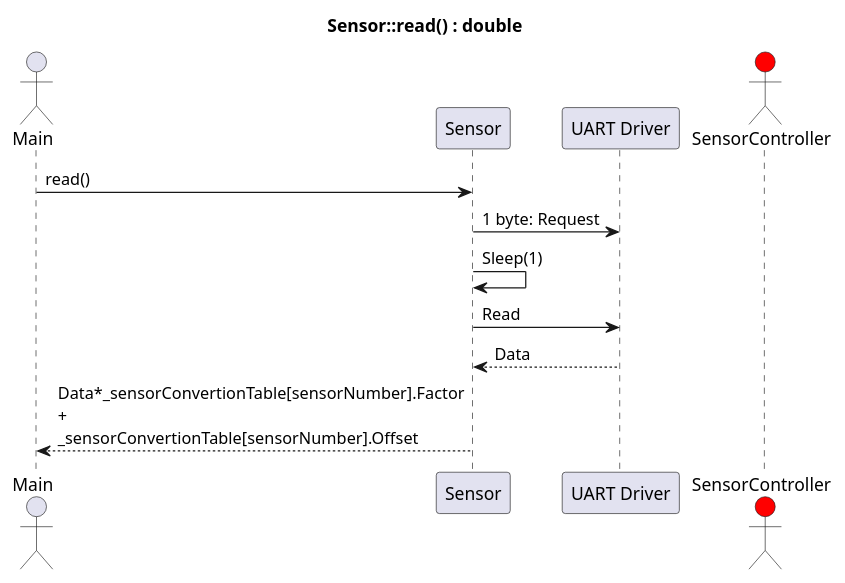
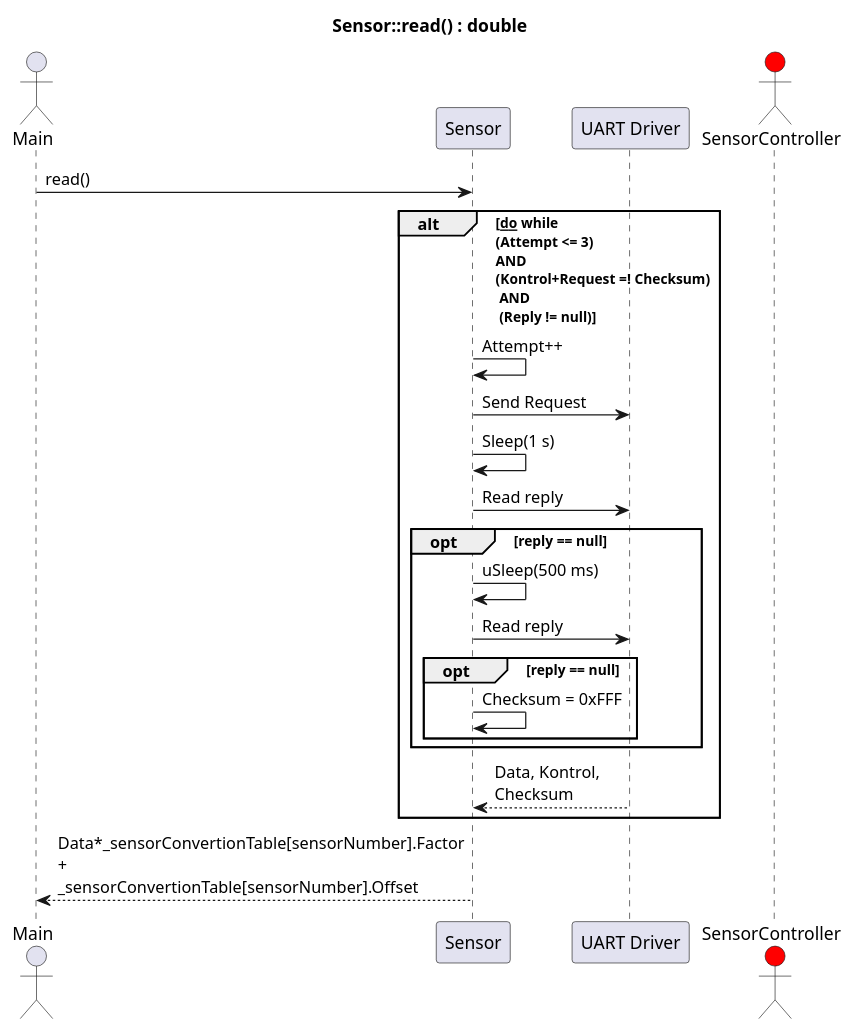
The diagram in Design/SE/SensorController Driver/SD_read.puml (Solvgraa-mager/E4PRJ4), drawn with PlantUML before and after one commit. The commit also changed 4 other files, not shown here.

```diff
--- a/Design/SE/SensorController Driver/SD_read.puml
+++ b/Design/SE/SensorController Driver/SD_read.puml
@@ -1,20 +1,30 @@
-@startuml
+@startuml SD_SensorControllerRead
 
 title Sensor::read() : double
 
 skinparam MaxMessageSize 150
 
 actor Main as Main
 participant Sensor as SD
 participant "UART Driver" as UART
 actor SensorController as SC #red
 
 Main -> SD : read()
-SD -> UART : 1 byte: Request
-SD -> SD : Sleep(1)
-SD -> UART : Read
-UART --> SD : Data
+alt <u>do</u> while \n(Attempt <= 3) \nAND \n(Kontrol+Request =! Checksum) \n AND \n (Reply != null)
+SD -> SD : Attempt++
+SD -> UART : Send Request
+SD -> SD : Sleep(1 s)
+SD -> UART : Read reply
+opt reply == null
+    SD -> SD : uSleep(500 ms)
+    SD -> UART : Read reply
+    opt reply == null
+        SD -> SD : Checksum = 0xFFF
+    end opt 
+end opt
+UART --> SD : Data, Kontrol, Checksum
+end alt
 SD --> Main : Data*_sensorConvertionTable[sensorNumber].Factor + _sensorConvertionTable[sensorNumber].Offset
 
 
 @enduml
```
